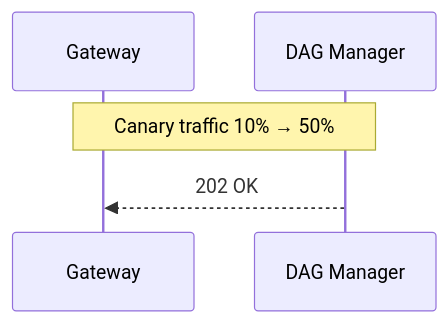
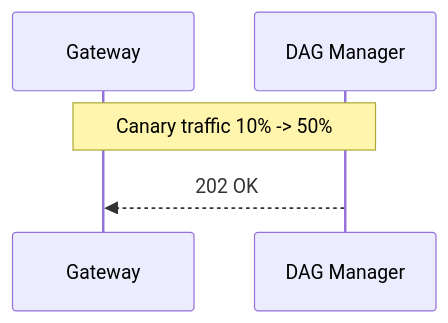
One commit to hyophyop/qmtl changed the diagram in docs/en/architecture/dag-manager.md. Above: the diagram before and after it, drawn with Mermaid. The commit also changed other lines of this file and 24 other files, not shown here.

````diff
--- a/docs/en/architecture/dag-manager.md
+++ b/docs/en/architecture/dag-manager.md
@@ -258,7 +236,7 @@
 ```mermaid
 sequenceDiagram
     participant G as Gateway
     participant D as DAG Manager
-    Note over G,D: Canary traffic 10% → 50%
+    Note over G,D: Canary traffic 10% -> 50%
         D-->>G: 202 OK
 ```
````
